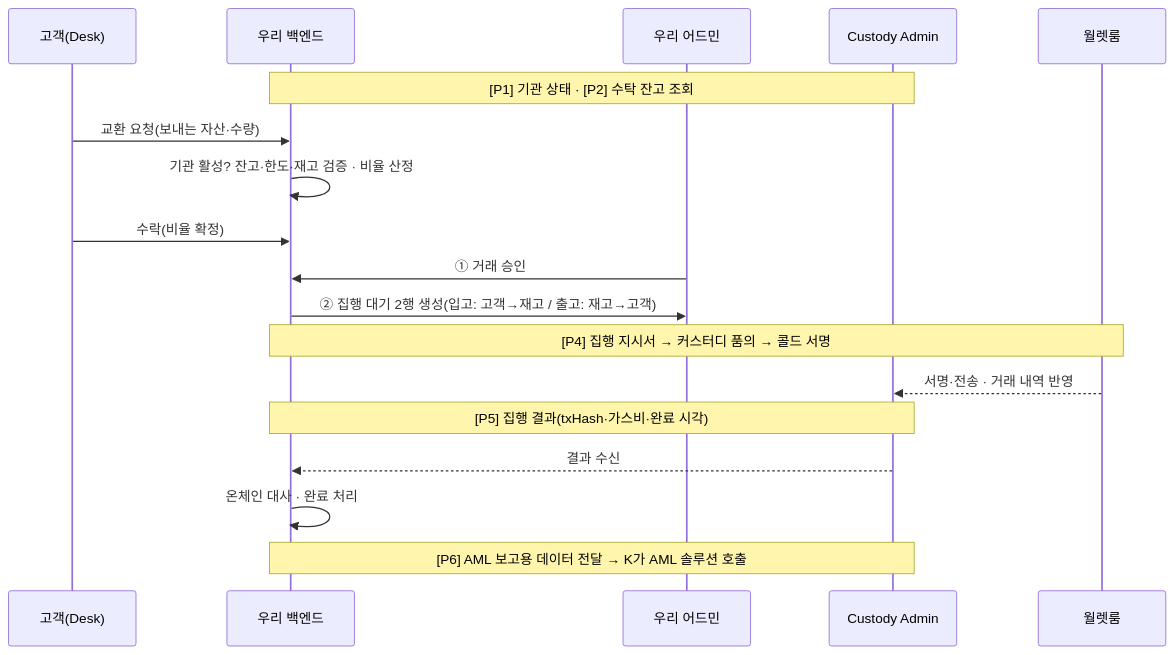
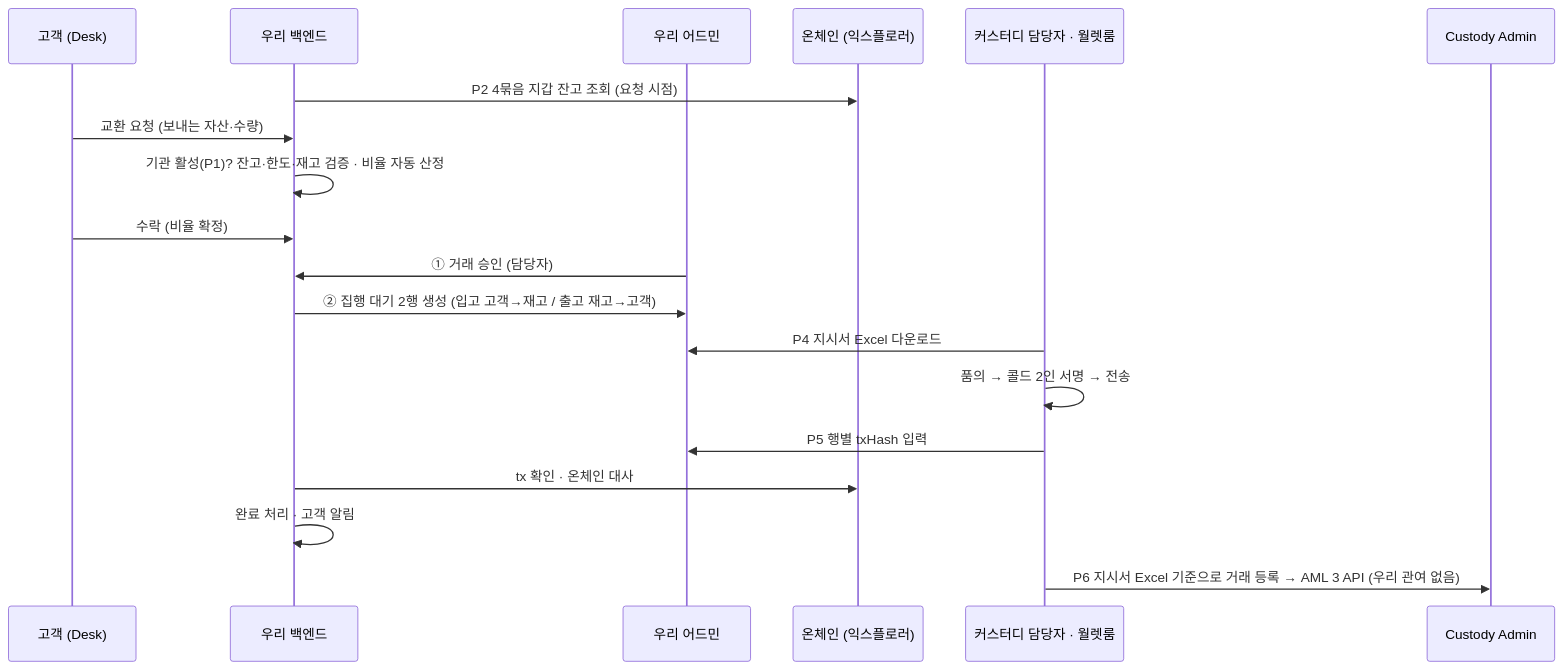
Before and after one commit to dsrvlabs/dsrv-desk: the third of 7 diagrams in drafts/36_플랫폼_커스터디_연동_범위_설명자료.md, drawn with Mermaid. The commit also changed other lines of this file and 1 other file, not shown here.

Commit message:
drafts/36 v2: 주고받는 방식 확정 4건 반영(지시서 Excel·txHash 입력·온체인 잔고 직접 조회·AML 보고 데이터 미제공), API 후보 7→3 · drafts/35 헤더에 v2 결정 메모

````diff
--- a/drafts/36_플랫폼_커스터디_연동_범위_설명자료.md
+++ b/drafts/36_플랫폼_커스터디_연동_범위_설명자료.md
@@ -108,20 +114,21 @@
 ```mermaid
 sequenceDiagram
-  participant C as 고객(Desk)
+  participant C as 고객 (Desk)
   participant S as 우리 백엔드
   participant A as 우리 어드민
-  participant K as Custody Admin
-  participant W as 월렛룸
-  Note over S,K: [P1] 기관 상태 · [P2] 수탁 잔고 조회
-  C->>S: 교환 요청(보내는 자산·수량)
-  S->>S: 기관 활성? 잔고·한도·재고 검증 · 비율 산정
-  C->>S: 수락(비율 확정)
-  A->>S: ① 거래 승인
-  S->>A: ② 집행 대기 2행 생성(입고: 고객→재고 / 출고: 재고→고객)
-  Note over S,W: [P4] 집행 지시서 → 커스터디 품의 → 콜드 서명
-  W-->>K: 서명·전송 · 거래 내역 반영
-  Note over K,S: [P5] 집행 결과(txHash·가스비·완료 시각)
-  K-->>S: 결과 수신
-  S->>S: 온체인 대사 · 완료 처리
-  Note over S,K: [P6] AML 보고용 데이터 전달 → K가 AML 솔루션 호출
+  participant X as 온체인 (익스플로러)
+  participant K as 커스터디 담당자 · 월렛룸
+  participant KA as Custody Admin
+  S->>X: P2 4묶음 지갑 잔고 조회 (요청 시점)
+  C->>S: 교환 요청 (보내는 자산·수량)
+  S->>S: 기관 활성(P1)? 잔고·한도·재고 검증 · 비율 자동 산정
+  C->>S: 수락 (비율 확정)
+  A->>S: ① 거래 승인 (담당자)
+  S->>A: ② 집행 대기 2행 생성 (입고 고객→재고 / 출고 재고→고객)
+  K->>A: P4 지시서 Excel 다운로드
+  K->>K: 품의 → 콜드 2인 서명 → 전송
+  K->>A: P5 행별 txHash 입력
+  S->>X: tx 확인 · 온체인 대사
+  S->>S: 완료 처리 · 고객 알림
+  K->>KA: P6 지시서 Excel 기준으로 거래 등록 → AML 3 API (우리 관여 없음)
 ```
````
